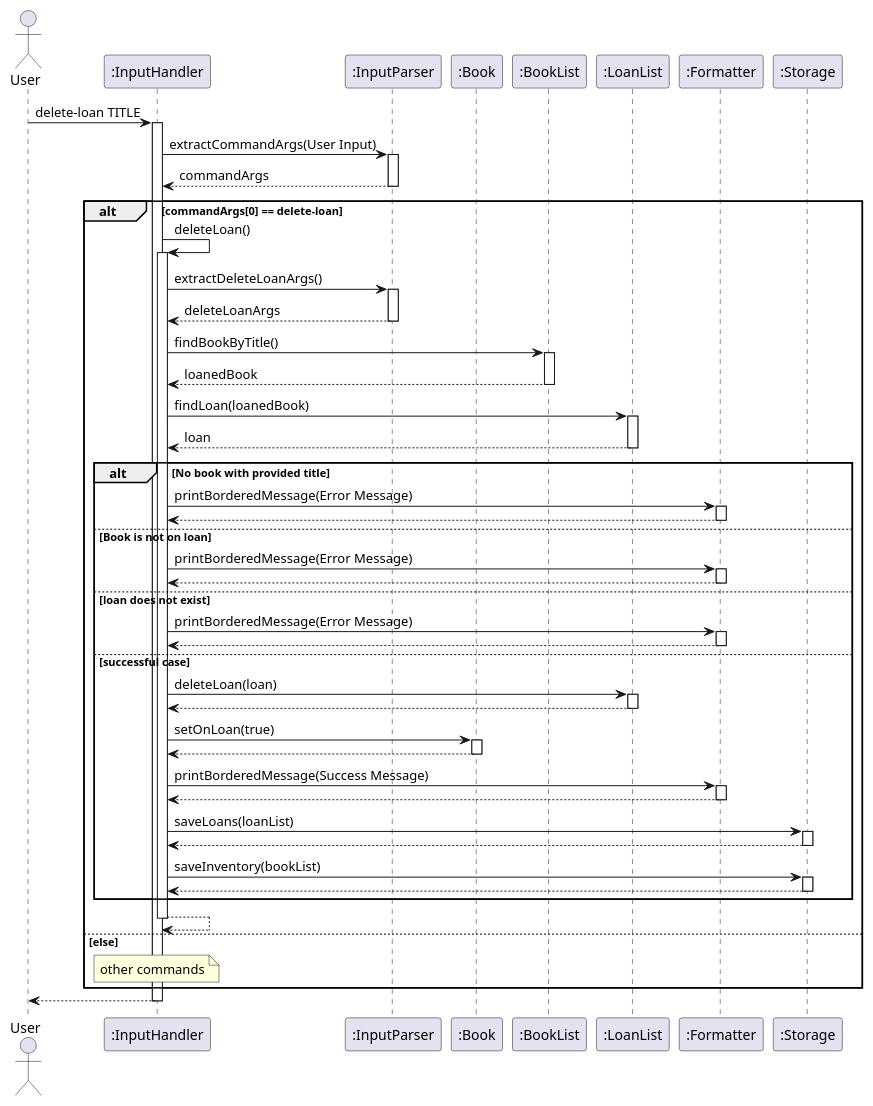
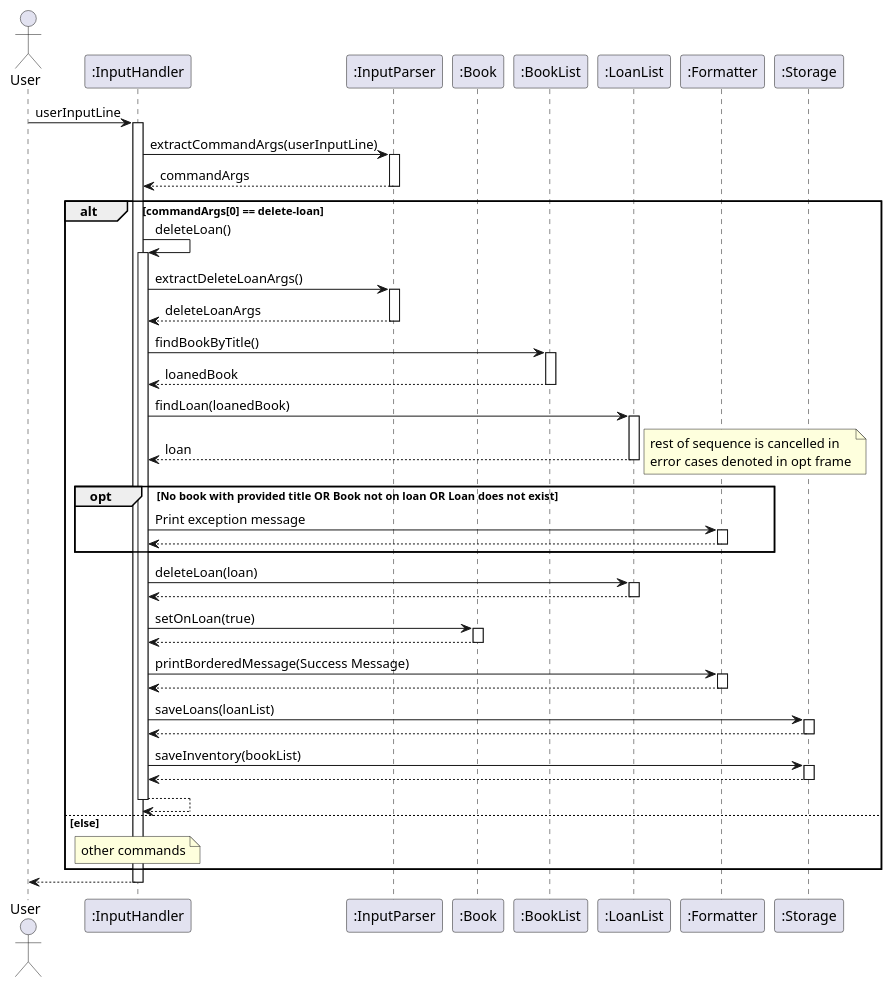
Before and after one commit to AY2425S2-CS2113-T12-2/tp: the diagram in docs/diagrams/deleteLoan.puml, drawn with PlantUML. The commit also changed 8 other files, not shown here.

```diff
--- a/docs/diagrams/deleteLoan.puml
+++ b/docs/diagrams/deleteLoan.puml
@@ -1,50 +1,49 @@
 @startuml 
 autoactivate on
 actor User
 participant InputHandler as ":InputHandler"
 participant InputParser as ":InputParser"
 participant Book as ":Book"
 participant BookList as ":BookList"
 participant LoanList as ":LoanList"
 participant Formatter as ":Formatter"
 participant Storage as ":Storage"
-User -> InputHandler : delete-loan TITLE
-    InputHandler -> InputParser : extractCommandArgs(User Input)
+User -> InputHandler : userInputLine
+    InputHandler -> InputParser : extractCommandArgs(userInputLine)
     return commandArgs
 alt commandArgs[0] == delete-loan
     InputHandler -> InputHandler : deleteLoan()
     InputHandler -> InputParser : extractDeleteLoanArgs()
     return deleteLoanArgs 
     InputHandler -> BookList : findBookByTitle()
     return loanedBook 
     InputHandler -> LoanList : findLoan(loanedBook)
     return loan
 
-    alt No book with provided title
-        InputHandler -> Formatter : printBorderedMessage(Error Message)
-        return
-    else Book is not on loan
-        InputHandler -> Formatter : printBorderedMessage(Error Message)
-        return
-    else loan does not exist 
-        InputHandler -> Formatter : printBorderedMessage(Error Message)
-        return
-    else successful case
-        InputHandler -> LoanList : deleteLoan(loan)
-        return 
-        InputHandler -> Book : setOnLoan(true)
-        return 
-        InputHandler -> Formatter : printBorderedMessage(Success Message)
-        return
-        InputHandler -> Storage : saveLoans(loanList)
-        return
-        InputHandler -> Storage : saveInventory(bookList)
+    opt No book with provided title OR Book not on loan OR Loan does not exist
+        note right
+        rest of sequence is cancelled in
+        error cases denoted in opt frame
+        end note
+        InputHandler -> Formatter : Print exception message
         return
     end
+
+    InputHandler -> LoanList : deleteLoan(loan)
+    return
+    InputHandler -> Book : setOnLoan(true)
+    return
+    InputHandler -> Formatter : printBorderedMessage(Success Message)
+    return
+    InputHandler -> Storage : saveLoans(loanList)
+    return
+    InputHandler -> Storage : saveInventory(bookList)
+    return
+
     return
 
 else else
     note over InputHandler : other commands
 end
 return
 @enduml
```
